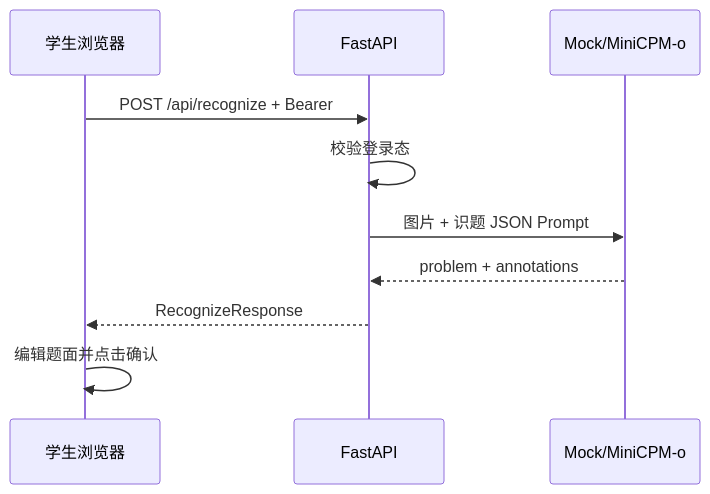
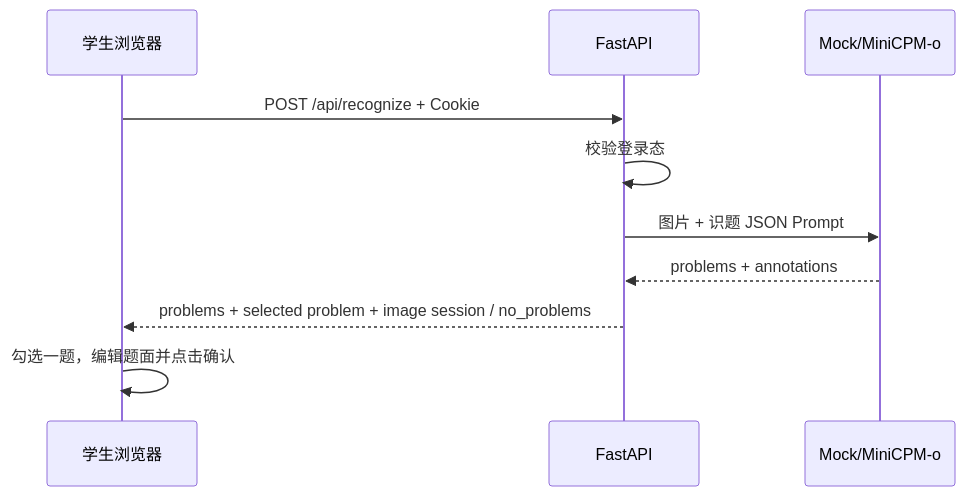
One commit to hailaobao2026/ai-teaching-miniCPM changed the third of 4 diagrams in docs/02-概要设计.md. Above: the diagram before and after it, drawn with Mermaid. The commit also changed other lines of this file and 73 other files, not shown here.

````diff
--- a/docs/02-概要设计.md
+++ b/docs/02-概要设计.md
@@ -65,12 +66,12 @@
 ```mermaid
 sequenceDiagram
     participant U as 学生浏览器
     participant A as FastAPI
     participant V as Mock/MiniCPM-o
-    U->>A: POST /api/recognize + Bearer
+    U->>A: POST /api/recognize + Cookie
     A->>A: 校验登录态
     A->>V: 图片 + 识题 JSON Prompt
-    V-->>A: problem + annotations
-    A-->>U: RecognizeResponse
-    U->>U: 编辑题面并点击确认
+    V-->>A: problems + annotations
+    A-->>U: problems + selected problem + image session / no_problems
+    U->>U: 勾选一题，编辑题面并点击确认
 ```
````
